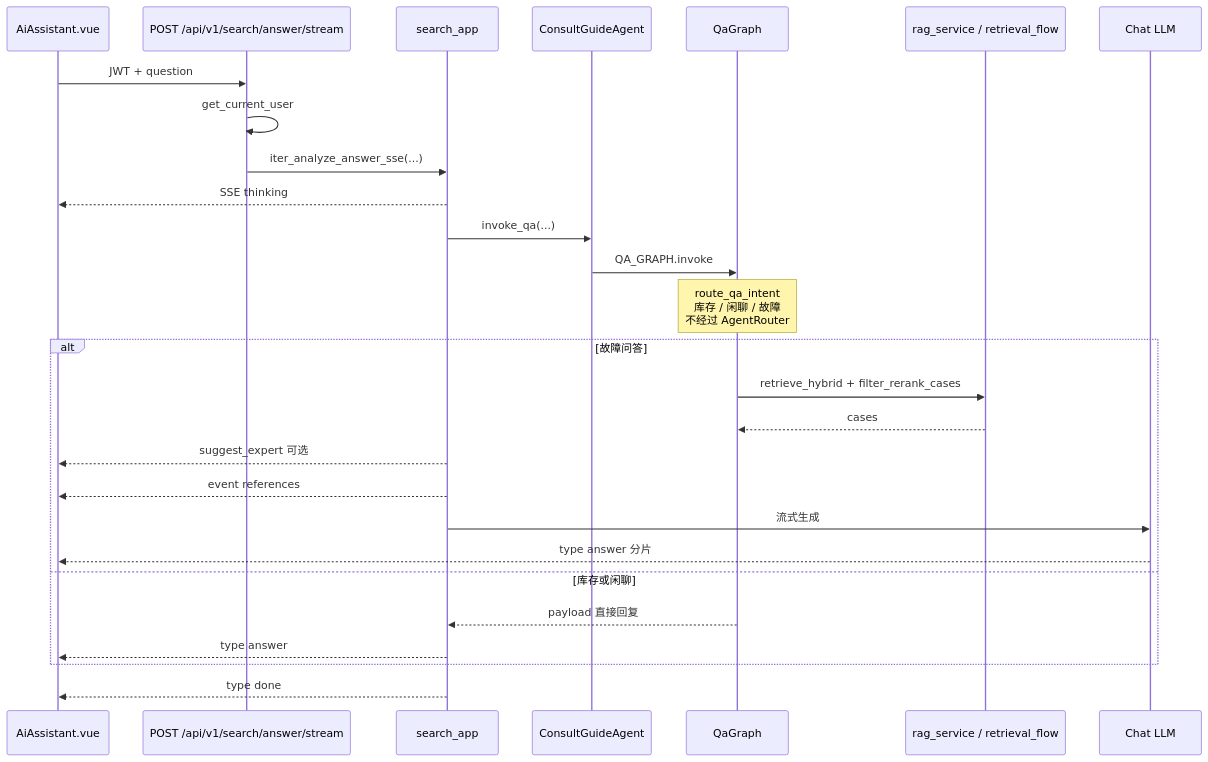
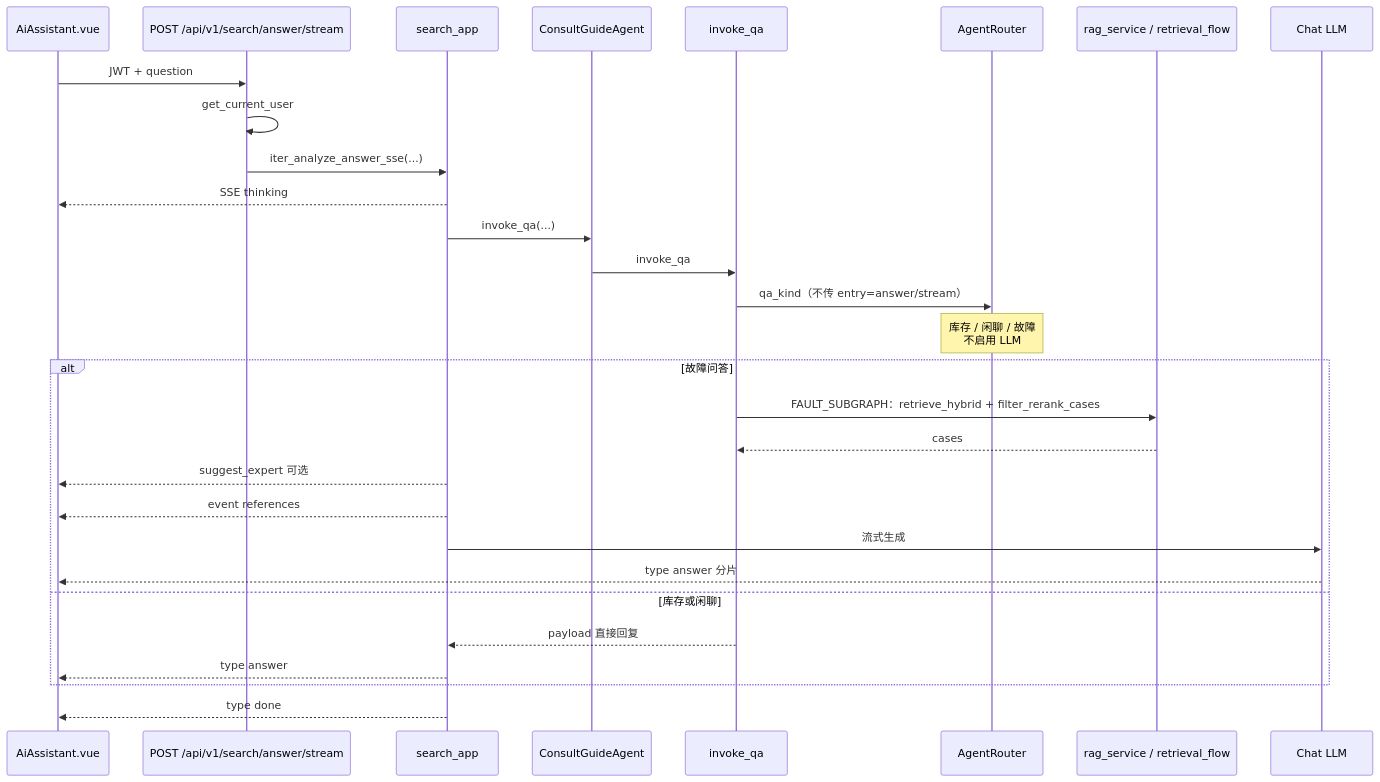
One commit to SHUN-EI/Car-Repair-System changed the second of 10 diagrams in docs/ARCHITECTURE.md. Above: the diagram before and after it, drawn with Mermaid. The commit also changed other lines of this file and 15 other files, not shown here.

Commit message:
修改langgraph图

````diff
--- a/docs/ARCHITECTURE.md
+++ b/docs/ARCHITECTURE.md
@@ -120,30 +120,32 @@
 ```mermaid
 sequenceDiagram
     participant UI as AiAssistant.vue
     participant API as POST /api/v1/search/answer/stream
     participant S as search_app
     participant Facade as ConsultGuideAgent
-    participant G as QaGraph
+    participant G as invoke_qa
+    participant AR as AgentRouter
     participant R as rag_service / retrieval_flow
     participant LLM as Chat LLM
 
     UI->>API: JWT + question
     API->>API: get_current_user
     API->>S: iter_analyze_answer_sse(...)
     S-->>UI: SSE thinking
     S->>Facade: invoke_qa(...)
-    Facade->>G: QA_GRAPH.invoke
-    Note over G: route_qa_intent<br/>库存 / 闲聊 / 故障<br/>不经过 AgentRouter
+    Facade->>G: invoke_qa
+    G->>AR: qa_kind（不传 entry=answer/stream）
+    Note over AR: 库存 / 闲聊 / 故障<br/>不启用 LLM
     alt 故障问答
-        G->>R: retrieve_hybrid + filter_rerank_cases
+        G->>R: FAULT_SUBGRAPH：retrieve_hybrid + filter_rerank_cases
         R-->>G: cases
         S-->>UI: suggest_expert 可选
         S-->>UI: event references
         S->>LLM: 流式生成
         LLM-->>UI: type answer 分片
     else 库存或闲聊
         G-->>S: payload 直接回复
         S-->>UI: type answer
     end
     S-->>UI: type done
 ```
````
